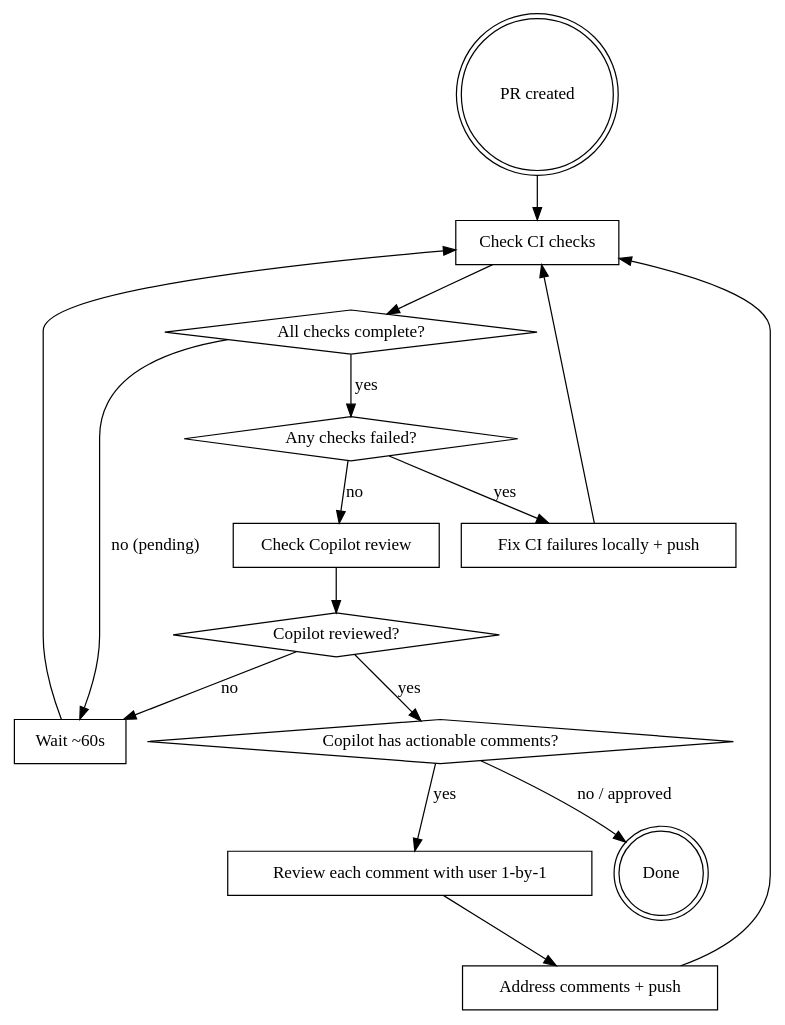
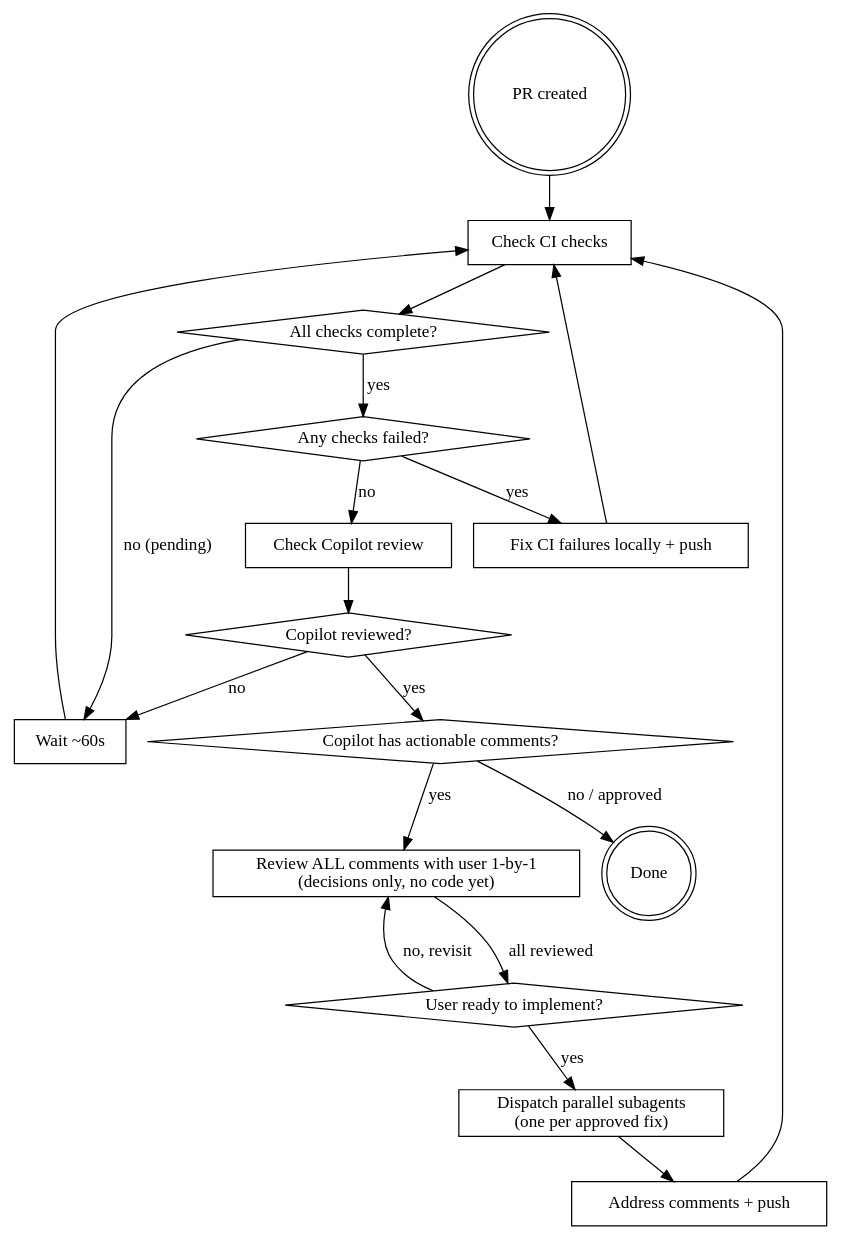
One commit to thatguyinabeanie/trainers.gg changed the diagram in .claude/skills/post-pr-monitoring/SKILL.md. Above: the diagram before and after it, drawn with Graphviz. The commit also changed other lines of this file and 1 other file, not shown here.

First line of the commit message:
fix: address Copilot review feedback on journey steps

````diff
--- a/.claude/skills/post-pr-monitoring/SKILL.md
+++ b/.claude/skills/post-pr-monitoring/SKILL.md
@@ -14,33 +14,38 @@
 ```dot
 digraph post_pr {
     rankdir=TB;
     "PR created" [shape=doublecircle];
     "Check CI checks" [shape=box];
     "All checks complete?" [shape=diamond];
     "Any checks failed?" [shape=diamond];
     "Fix CI failures locally + push" [shape=box];
     "Check Copilot review" [shape=box];
     "Copilot reviewed?" [shape=diamond];
     "Copilot has actionable comments?" [shape=diamond];
-    "Review each comment with user 1-by-1" [shape=box];
+    "Review ALL comments with user 1-by-1\n(decisions only, no code yet)" [shape=box];
+    "User ready to implement?" [shape=diamond];
+    "Dispatch parallel subagents\n(one per approved fix)" [shape=box];
     "Address comments + push" [shape=box];
     "Wait ~60s" [shape=box];
     "Done" [shape=doublecircle];
 
     "PR created" -> "Check CI checks";
     "Check CI checks" -> "All checks complete?" ;
     "All checks complete?" -> "Any checks failed?" [label="yes"];
     "All checks complete?" -> "Wait ~60s" [label="no (pending)"];
     "Wait ~60s" -> "Check CI checks";
     "Any checks failed?" -> "Fix CI failures locally + push" [label="yes"];
     "Fix CI failures locally + push" -> "Check CI checks";
     "Any checks failed?" -> "Check Copilot review" [label="no"];
     "Check Copilot review" -> "Copilot reviewed?";
     "Copilot reviewed?" -> "Copilot has actionable comments?" [label="yes"];
     "Copilot reviewed?" -> "Wait ~60s" [label="no"];
-    "Copilot has actionable comments?" -> "Review each comment with user 1-by-1" [label="yes"];
-    "Review each comment with user 1-by-1" -> "Address comments + push";
+    "Copilot has actionable comments?" -> "Review ALL comments with user 1-by-1\n(decisions only, no code yet)" [label="yes"];
+    "Review ALL comments with user 1-by-1\n(decisions only, no code yet)" -> "User ready to implement?" [label="all reviewed"];
+    "User ready to implement?" -> "Dispatch parallel subagents\n(one per approved fix)" [label="yes"];
+    "User ready to implement?" -> "Review ALL comments with user 1-by-1\n(decisions only, no code yet)" [label="no, revisit"];
+    "Dispatch parallel subagents\n(one per approved fix)" -> "Address comments + push";
     "Copilot has actionable comments?" -> "Done" [label="no / approved"];
     "Address comments + push" -> "Check CI checks";
 }
 ```
````
